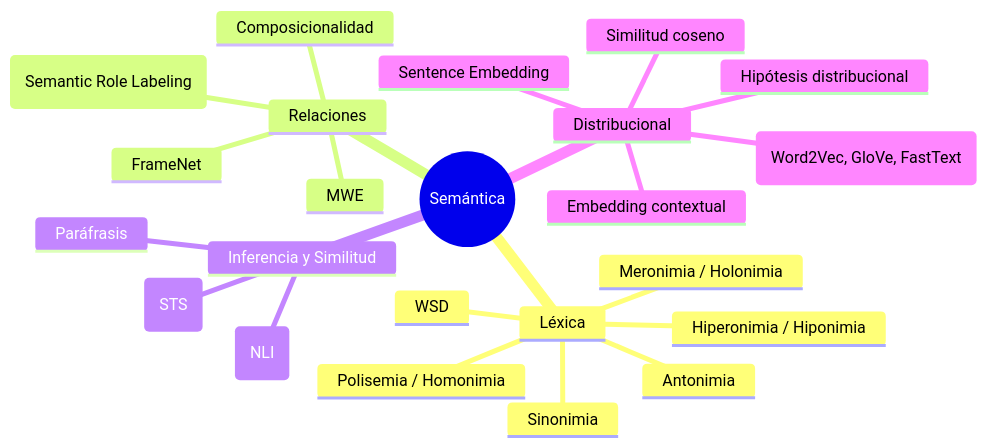
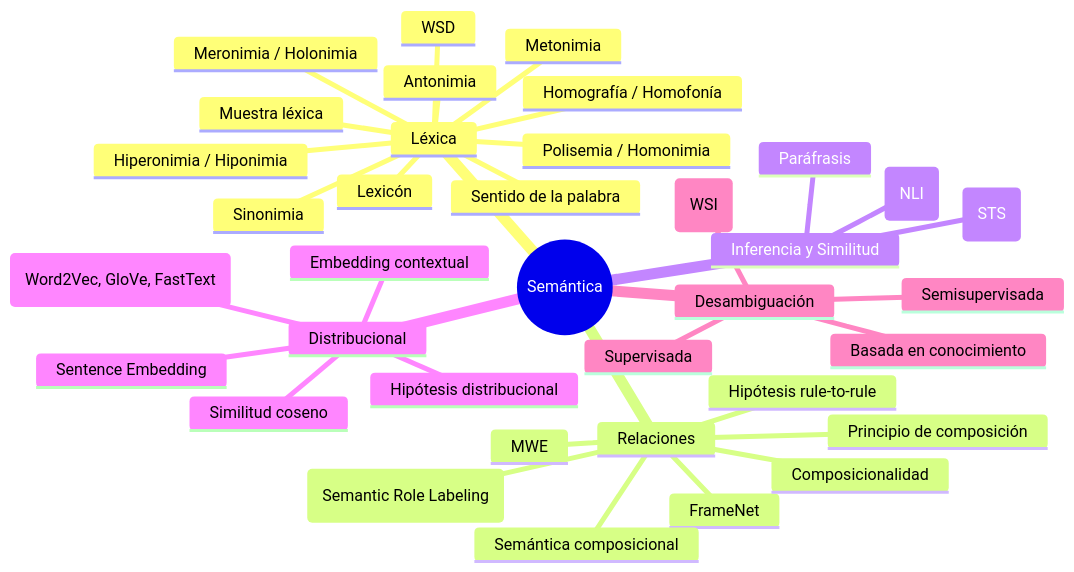
Before and after one commit to rgglez/rgglez-website: diagram 24 of 27 in src/src/data/blog/2026/04/es/glosario-linguistica-nlp.mdx, drawn with Mermaid. The commit also changed other lines of this file and 25 other files, not shown here.

Commit message:
Mermaid improvements

````diff
--- a/src/src/data/blog/2026/04/es/glosario-linguistica-nlp.mdx
+++ b/src/src/data/blog/2026/04/es/glosario-linguistica-nlp.mdx
@@ -2064,26 +2442,39 @@
 ```mermaid
 mindmap
   root((Semántica))
     Léxica
       Sinonimia
       Antonimia
       Hiperonimia / Hiponimia
       Meronimia / Holonimia
       Polisemia / Homonimia
       WSD
+      Homografía / Homofonía
+      Metonimia
+      Sentido de la palabra
+      Lexicón
+      Muestra léxica
     Relaciones
       SRL (Semantic Role Labeling)
       FrameNet
       Composicionalidad
       MWE
+      Semántica composicional
+      Principio de composición
+      Hipótesis rule-to-rule
     Inferencia y Similitud
       Textual Entailment (NLI)
       Paráfrasis
       Semantic Textual Similarity (STS)
     Distribucional
       Hipótesis distribucional
       Word Embedding (Word2Vec, GloVe, FastText)
       Embedding contextual
       Sentence Embedding
       Similitud coseno
+    Desambiguación
+      Supervisada
+      Basada en conocimiento
+      Semisupervisada
+      No supervisada (WSI)
 ```
````
